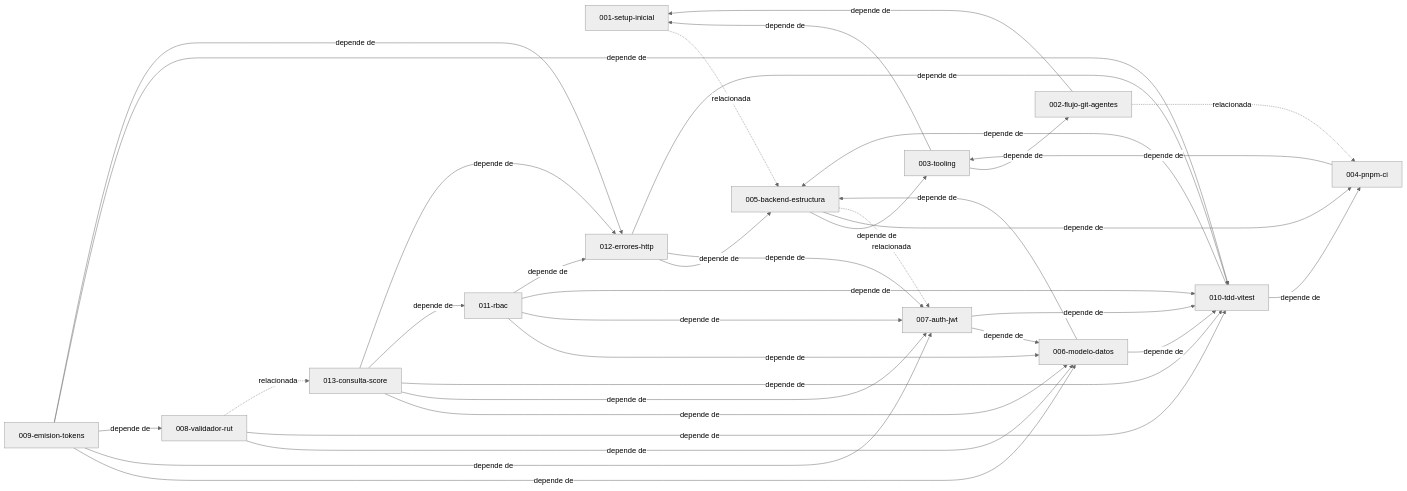
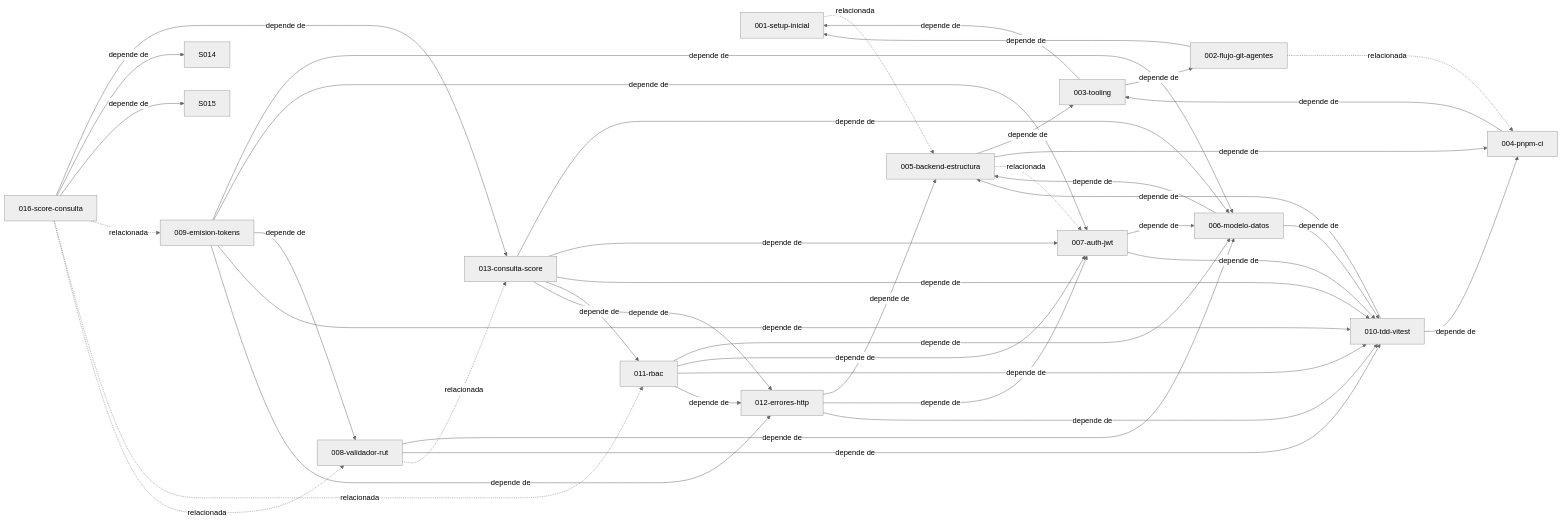
Before and after one commit to DavidSlva/financial-risk-manager: the diagram in docs/specs/README.md, drawn with Mermaid (neutral theme). The commit also changed 2 other files, not shown here.

Commit message:
docs(016): spec de la pantalla de consulta de score

````diff
--- a/docs/specs/README.md
+++ b/docs/specs/README.md
@@ -25,51 +25,58 @@
 ```mermaid
 graph LR
   S001[001-setup-inicial]
   S002[002-flujo-git-agentes]
   S003[003-tooling]
   S004[004-pnpm-ci]
   S005[005-backend-estructura]
   S006[006-modelo-datos]
   S007[007-auth-jwt]
   S008[008-validador-rut]
   S009[009-emision-tokens]
   S010[010-tdd-vitest]
   S011[011-rbac]
   S012[012-errores-http]
   S013[013-consulta-score]
+  S016[016-score-consulta]
   S001 -.->|relacionada| S005
   S002 -->|depende de| S001
   S002 -.->|relacionada| S004
   S003 -->|depende de| S001
   S003 -->|depende de| S002
   S004 -->|depende de| S003
   S005 -->|depende de| S003
   S005 -->|depende de| S004
   S005 -.->|relacionada| S007
   S006 -->|depende de| S005
   S006 -->|depende de| S010
   S007 -->|depende de| S006
   S007 -->|depende de| S010
   S008 -->|depende de| S006
   S008 -->|depende de| S010
   S008 -.->|relacionada| S013
   S009 -->|depende de| S006
   S009 -->|depende de| S007
   S009 -->|depende de| S008
   S009 -->|depende de| S010
   S009 -->|depende de| S012
   S010 -->|depende de| S004
   S010 -->|depende de| S005
   S011 -->|depende de| S006
   S011 -->|depende de| S007
   S011 -->|depende de| S010
   S011 -->|depende de| S012
   S012 -->|depende de| S005
   S012 -->|depende de| S007
   S012 -->|depende de| S010
   S013 -->|depende de| S006
   S013 -->|depende de| S007
   S013 -->|depende de| S010
   S013 -->|depende de| S011
   S013 -->|depende de| S012
+  S016 -->|depende de| S013
+  S016 -->|depende de| S014
+  S016 -->|depende de| S015
+  S016 -.->|relacionada| S009
+  S016 -.->|relacionada| S011
+  S016 -.->|relacionada| S008
 ```
````
